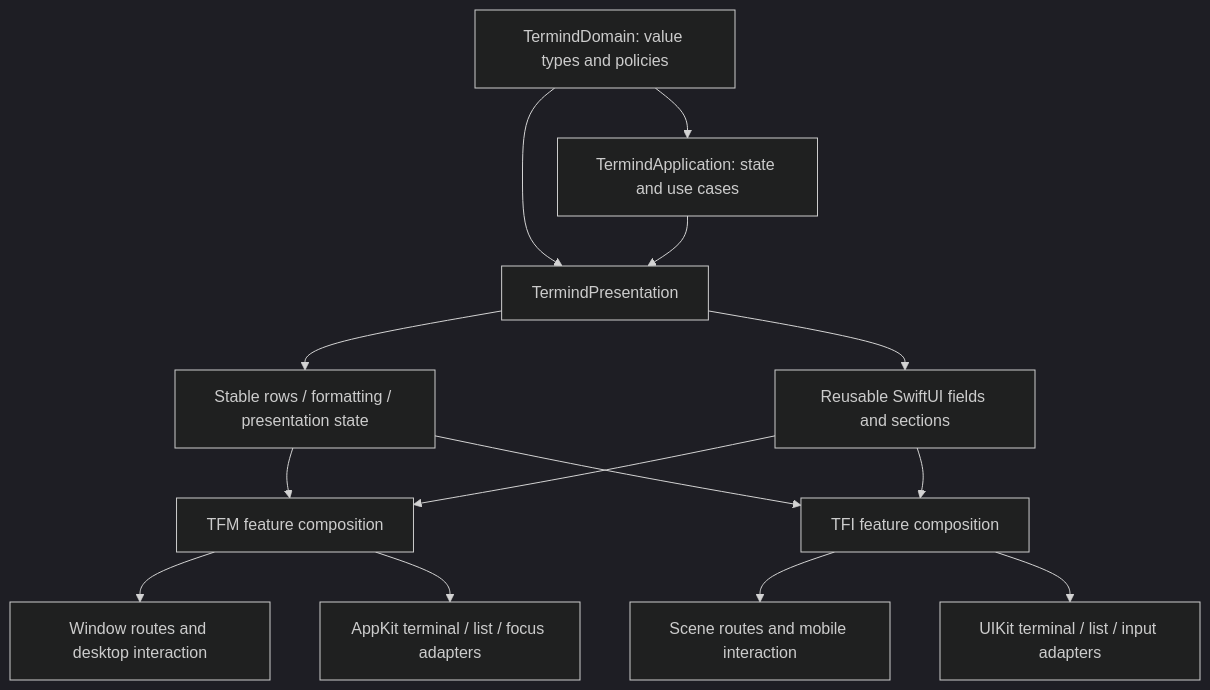
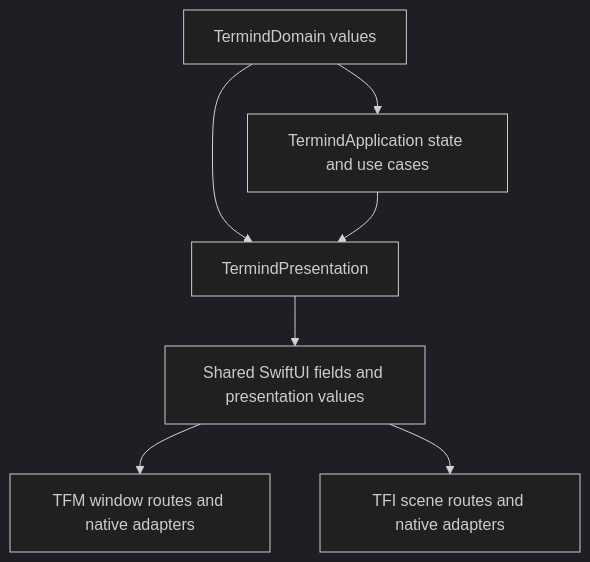
One commit to AkinoKaede/Termind changed the first of 5 diagrams in openwiki/concepts/ui-design-principles.md. Above: the diagram before and after it, drawn with Mermaid (dark theme). The commit also changed other lines of this file and 49 other files, not shown here.

````diff
--- a/openwiki/concepts/ui-design-principles.md
+++ b/openwiki/concepts/ui-design-principles.md
@@ -155,16 +151,9 @@
 ```mermaid
 flowchart TD
-    Domain[TermindDomain: value types and policies] --> Application[TermindApplication: state and use cases]
+    Domain[TermindDomain values] --> Application[TermindApplication state and use cases]
     Domain --> Presentation[TermindPresentation]
     Application --> Presentation
-    Presentation --> Values[Stable rows / formatting / presentation state]
-    Presentation --> Forms[Reusable SwiftUI fields and sections]
-    Values --> Mac[TFM feature composition]
-    Values --> Mobile[TFI feature composition]
-    Forms --> Mac
-    Forms --> Mobile
-    Mac --> MacShell[Window routes and desktop interaction]
-    Mac --> AppKit[AppKit terminal / list / focus adapters]
-    Mobile --> MobileShell[Scene routes and mobile interaction]
-    Mobile --> UIKit[UIKit terminal / list / input adapters]
+    Presentation --> Fields[Shared SwiftUI fields and presentation values]
+    Fields --> Desktop[TFM window routes and native adapters]
+    Fields --> Mobile[TFI scene routes and native adapters]
 ```
````
